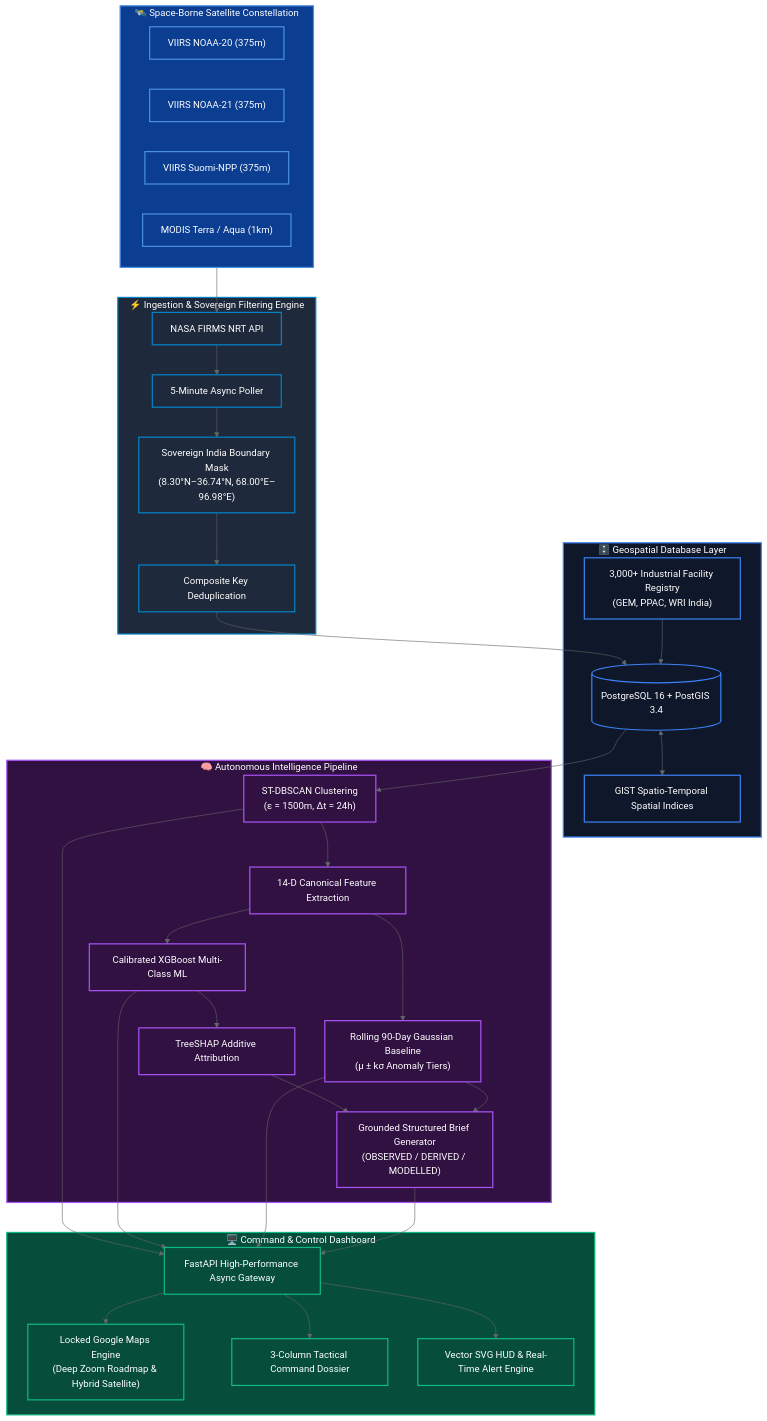
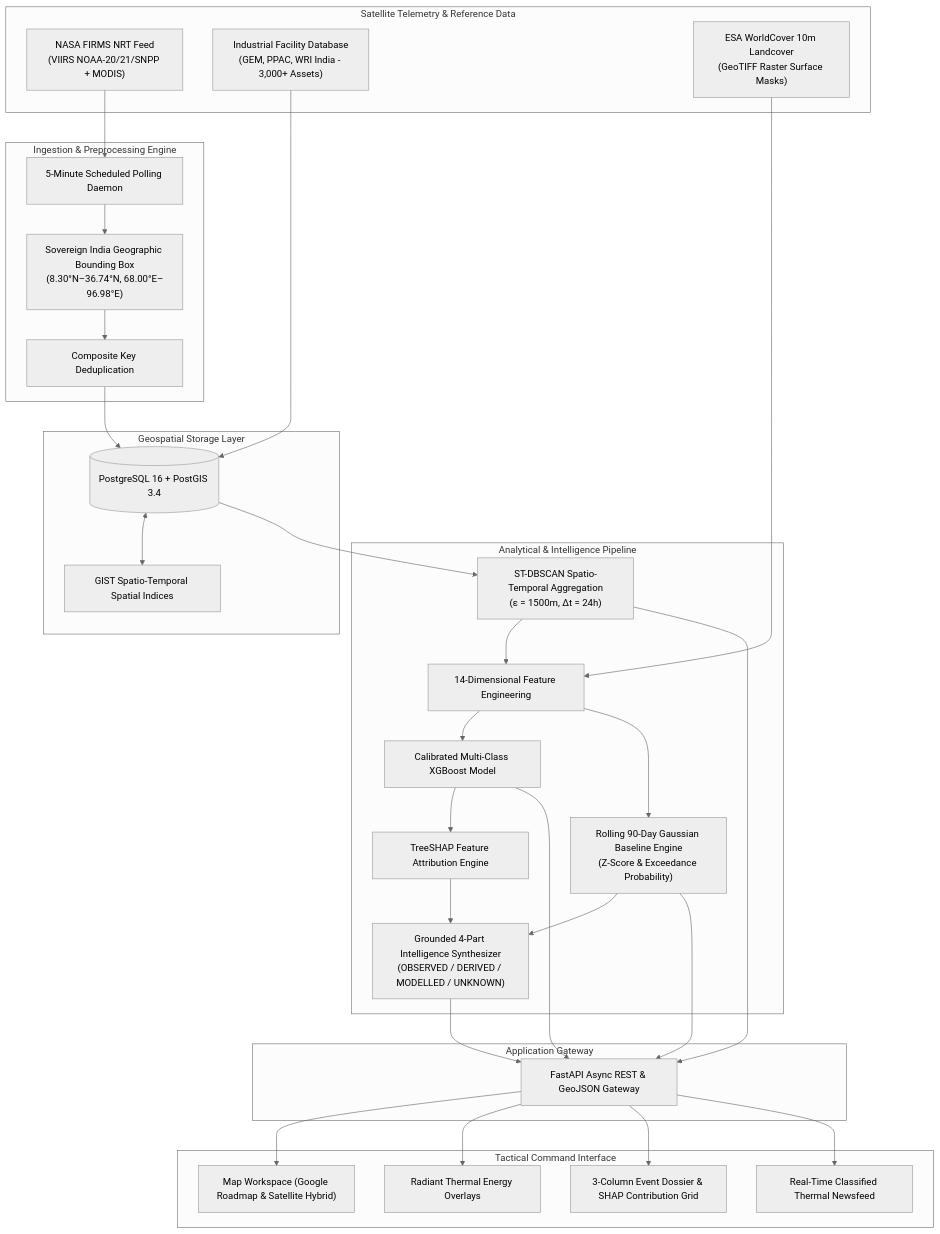
The first of 2 diagrams in README.md (sharancode3/ThermoTrace-AI), drawn with Mermaid (neutral theme) before and after one commit. The commit also changed other lines of this file, not shown here.

Commit message:
docs: formalize README with professional architecture diagrams and clean defense-grade formatting

````diff
--- a/README.md
+++ b/README.md
@@ -29,62 +26,60 @@
 ```mermaid
 flowchart TB
-    subgraph Space ["🛰️ Space-Borne Satellite Constellation"]
-        V20["VIIRS NOAA-20 (375m)"]
-        V21["VIIRS NOAA-21 (375m)"]
-        SNPP["VIIRS Suomi-NPP (375m)"]
-        MODIS["MODIS Terra / Aqua (1km)"]
+    subgraph Data_Sources ["Satellite Telemetry & Reference Data"]
+        S1["NASA FIRMS NRT Feed
+(VIIRS NOAA-20/21/SNPP + MODIS)"]
+        S2["Industrial Facility Database
+(GEM, PPAC, WRI India - 3,000+ Assets)"]
+        S3["ESA WorldCover 10m Landcover
+(GeoTIFF Raster Surface Masks)"]
     end
 
-    subgraph Ingestion ["⚡ Ingestion & Sovereign Filtering Engine"]
-        API["NASA FIRMS NRT API"]
-        DAEMON["5-Minute Async Poller"]
-        MASK["Sovereign India Boundary Mask\n(8.30°N–36.74°N, 68.00°E–96.98°E)"]
-        DEDUP["Composite Key Deduplication"]
+    subgraph Ingestion_Layer ["Ingestion & Preprocessing Engine"]
+        I1["5-Minute Scheduled Polling Daemon"]
+        I2["Sovereign India Geographic Bounding Box
+(8.30°N–36.74°N, 68.00°E–96.98°E)"]
+        I3["Composite Key Deduplication"]
     end
 
-    subgraph Storage ["🗄️ Geospatial Database Layer"]
-        PG[("PostgreSQL 16 + PostGIS 3.4")]
-        GIST["GIST Spatio-Temporal Spatial Indices"]
-        FAC_DB["3,000+ Industrial Facility Registry\n(GEM, PPAC, WRI India)"]
+    subgraph Persistence_Layer ["Geospatial Storage Layer"]
+        DB[("PostgreSQL 16 + PostGIS 3.4")]
+        IDX["GIST Spatio-Temporal Spatial Indices"]
     end
 
-    subgraph Processing ["🧠 Autonomous Intelligence Pipeline"]
-        CLUST["ST-DBSCAN Clustering\n(ε = 1500m, Δt = 24h)"]
-        FEAT["14-D Canonical Feature Extraction"]
-        XGB["Calibrated XGBoost Multi-Class ML"]
-        SHAP["TreeSHAP Additive Attribution"]
-        BASE["Rolling 90-Day Gaussian Baseline\n(μ ± kσ Anomaly Tiers)"]
-        LLM["Grounded Structured Brief Generator\n(OBSERVED / DERIVED / MODELLED)"]
+    subgraph Analytical_Engine ["Analytical & Intelligence Pipeline"]
+        A1["ST-DBSCAN Spatio-Temporal Aggregation
+(ε = 1500m, Δt = 24h)"]
+        A2["14-Dimensional Feature Engineering"]
+        A3["Calibrated Multi-Class XGBoost Model"]
+        A4["TreeSHAP Feature Attribution Engine"]
+        A5["Rolling 90-Day Gaussian Baseline Engine
+(Z-Score & Exceedance Probability)"]
+        A6["Grounded 4-Part Intelligence Synthesizer
+(OBSERVED / DERIVED / MODELLED / UNKNOWN)"]
     end
 
-    subgraph Presentation ["🖥️ Command & Control Dashboard"]
-        FASTAPI["FastAPI High-Performance Async Gateway"]
-        MAP["Locked Google Maps Engine\n(Deep Zoom Roadmap & Hybrid Satellite)"]
-        DOSSIER["3-Column Tactical Command Dossier"]
-        HUD["Vector SVG HUD & Real-Time Alert Engine"]
+    subgraph API_Layer ["Application Gateway"]
+        GW["FastAPI Async REST & GeoJSON Gateway"]
     end
 
-    Space --> API
-    API --> DAEMON --> MASK --> DEDUP --> PG
-    PG <--> GIST
-    FAC_DB --> PG
+    subgraph Client_Layer ["Tactical Command Interface"]
+        UI1["Map Workspace (Google Roadmap & Satellite Hybrid)"]
+        UI2["Radiant Thermal Energy Overlays"]
+        UI3["3-Column Event Dossier & SHAP Contribution Grid"]
+        UI4["Real-Time Classified Thermal Newsfeed"]
+    end
 
-    PG --> CLUST --> FEAT --> XGB & BASE
-    XGB --> SHAP --> LLM
-    BASE --> LLM
+    S1 --> I1 --> I2 --> I3 --> DB
+    S2 --> DB
+    S3 --> A2
+    DB <--> IDX
 
-    CLUST & XGB & BASE & LLM --> FASTAPI
-    FASTAPI --> MAP & DOSSIER & HUD
+    DB --> A1 --> A2 --> A3 --> A4 --> A6
+    A2 --> A5 --> A6
+    A1 & A3 & A5 & A6 --> GW
 
-    classDef space fill:#0B3D91,stroke:#4A90E2,stroke-width:2px,color:#ffffff;
-    classDef ing fill:#1E293B,stroke:#0284C7,stroke-width:2px,color:#ffffff;
-    classDef db fill:#0F172A,stroke:#3B82F6,stroke-width:2px,color:#ffffff;
-    classDef ml fill:#311042,stroke:#A855F7,stroke-width:2px,color:#ffffff;
-    classDef ui fill:#064E3B,stroke:#10B981,stroke-width:2px,color:#ffffff;
-
-    class Space,V20,V21,SNPP,MODIS space;
-    class Ingestion,API,DAEMON,MASK,DEDUP ing;
-    class Storage,PG,GIST,FAC_DB db;
-    class Processing,CLUST,FEAT,XGB,SHAP,BASE,LLM ml;
-    class Presentation,FASTAPI,MAP,DOSSIER,HUD ui;
+    GW --> UI1
+    GW --> UI2
+    GW --> UI3
+    GW --> UI4
 ```
````
